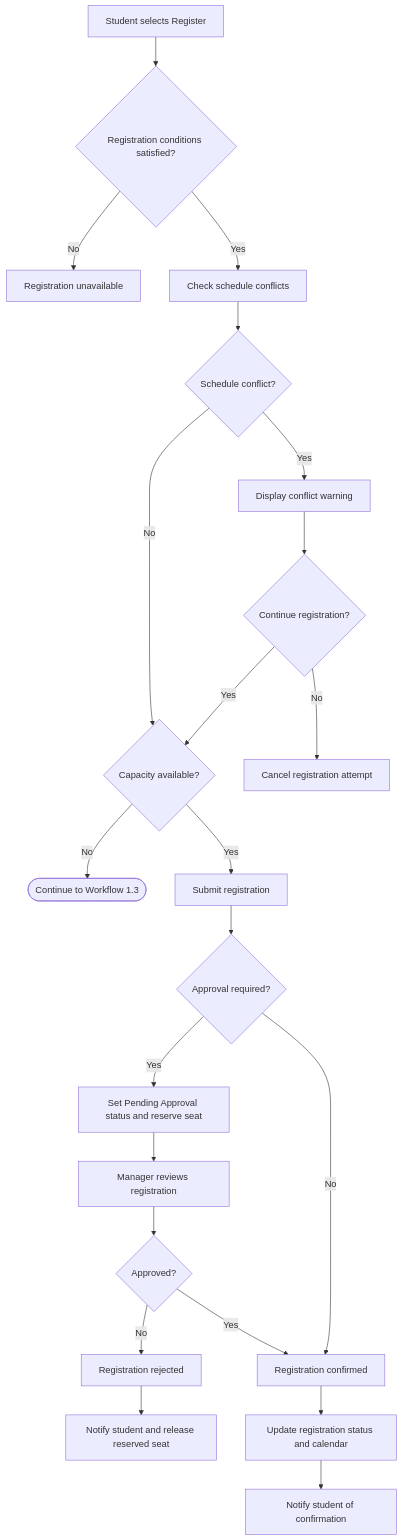
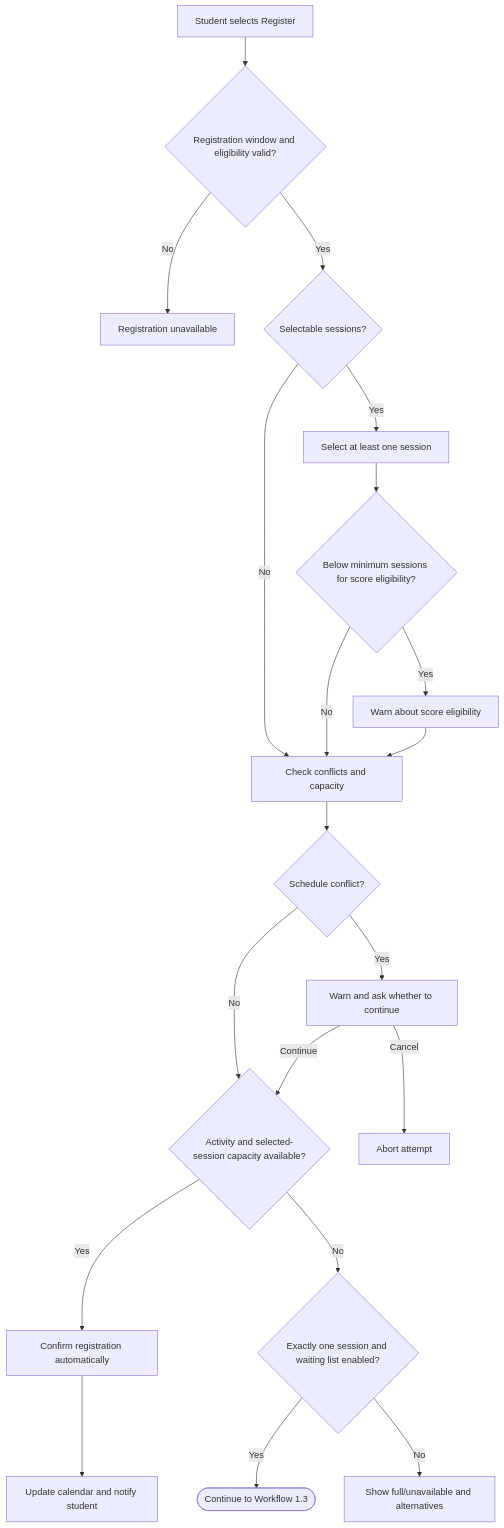
One commit to APCSk24-CS300/cs300-project changed the second of 5 diagrams in docs/requirements/vision-document.md. Above: the diagram before and after it, drawn with Mermaid. The commit also changed other lines of this file and 3 other files, not shown here.

````diff
--- a/docs/requirements/vision-document.md
+++ b/docs/requirements/vision-document.md
@@ -129,32 +130,22 @@
 ```mermaid
 flowchart TD
-    A[Student selects Register] --> B{Registration conditions satisfied?}
-
+    A[Student selects Register] --> B{Registration window and eligibility valid?}
     B -->|No| C[Registration unavailable]
-    B -->|Yes| E[Check schedule conflicts]
-
-    E --> F{Schedule conflict?}
-    F -->|Yes| G[Display conflict warning]
-    F -->|No| D{Capacity available?}
-
-    G --> H{Continue registration?}
-    H -->|No| I[Cancel registration attempt]
-    H -->|Yes| D
-
-    D -->|No| WL([Continue to Workflow 1.3])
-    D -->|Yes| J[Submit registration]
-
-    J --> K{Approval required?}
-
-    K -->|Yes| L[Set Pending Approval status and reserve seat]
-    L --> M[Manager reviews registration]
-    M --> N{Approved?}
-
-    N -->|No| O[Registration rejected]
-    N -->|Yes| P[Registration confirmed]
-    K -->|No| P
-
-    O --> Q[Notify student and release reserved seat]
-    P --> R[Update registration status and calendar]
-    R --> S[Notify student of confirmation]
+    B -->|Yes| D{Selectable sessions?}
+    D -->|Yes| E[Select at least one session]
+    D -->|No| F[Check conflicts and capacity]
+    E --> G{Below minimum sessions for score eligibility?}
+    G -->|Yes| H[Warn about score eligibility]
+    G -->|No| F
+    H --> F
+    F --> I{Schedule conflict?}
+    I -->|Yes| J[Warn and ask whether to continue]
+    I -->|No| K{Activity and selected-session capacity available?}
+    J -->|Cancel| L[Abort attempt]
+    J -->|Continue| K
+    K -->|Yes| M[Confirm registration automatically]
+    M --> N[Update calendar and notify student]
+    K -->|No| O{Exactly one session and waiting list enabled?}
+    O -->|Yes| P([Continue to Workflow 1.3])
+    O -->|No| Q[Show full/unavailable and alternatives]
 ```
````
